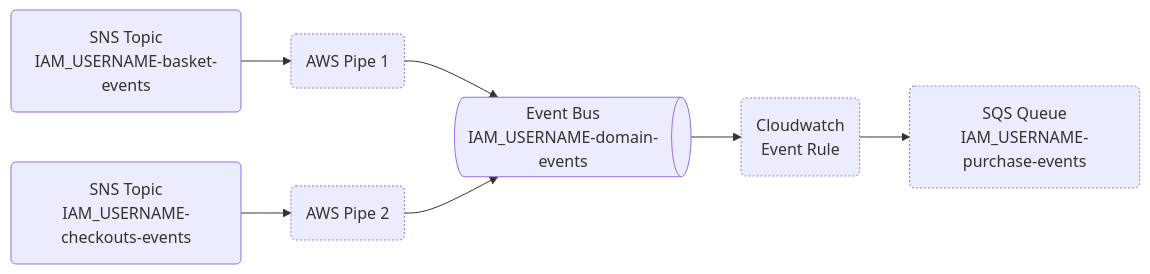
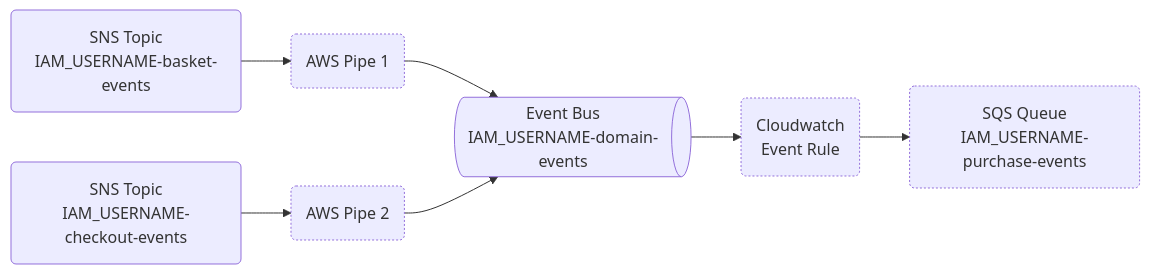
Before and after one commit to lisa-read/team-pre-interview-technical-task: the diagram in README.md, drawn with Mermaid. The commit also changed other lines of this file, not shown here.

````diff
--- a/README.md
+++ b/README.md
@@ -62,20 +62,20 @@
 ```mermaid
 flowchart LR
   topic1(SNS Topic<br>IAM_USERNAME-basket-events):::Provided
-  topic2(SNS Topic<br>IAM_USERNAME-checkouts-events):::Provided
+  topic2(SNS Topic<br>IAM_USERNAME-checkout-events):::Provided
   pipe1(AWS Pipe 1):::ToImplement
   pipe2(AWS Pipe 2):::ToImplement
   queue3(SQS Queue<br>IAM_USERNAME-purchase-events):::ToImplement
   eventbus(Event Bus<br>IAM_USERNAME-domain-events):::Provided@{ shape: das }
   eventrule(Cloudwatch<br>Event Rule):::ToImplement
 
   topic1-->pipe1
   pipe1-->eventbus
   topic2-->pipe2
   pipe2-->eventbus
   eventbus-->eventrule
   eventrule-->queue3
 
   classDef Provided stroke-width:1px, stroke-dasharray
   classDef ToImplement stroke-width:1px, stroke-dasharray:2
 ```
````
